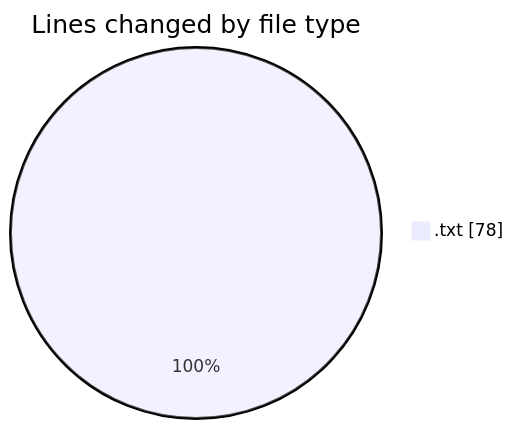
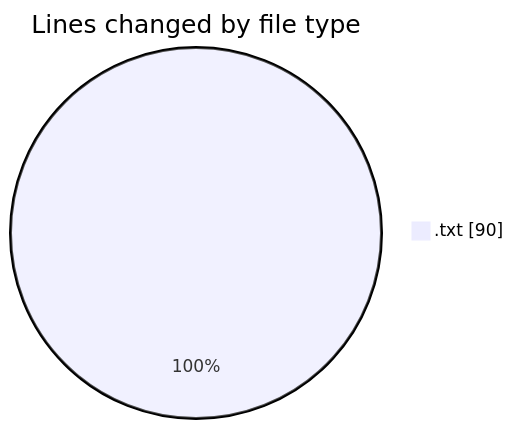
Before and after one commit to Ritupan-Deka/code-tracking: the first of 2 diagrams in 2025-06-18/documents/README.md, drawn with Mermaid. The commit also changed other lines of this file and 1 other file, not shown here.

````diff
--- a/2025-06-18/documents/README.md
+++ b/2025-06-18/documents/README.md
@@ -21,5 +21,5 @@
 ```mermaid
 pie showData
 title Lines changed by file type
-".txt" : 78
+".txt" : 90
 ```
````
